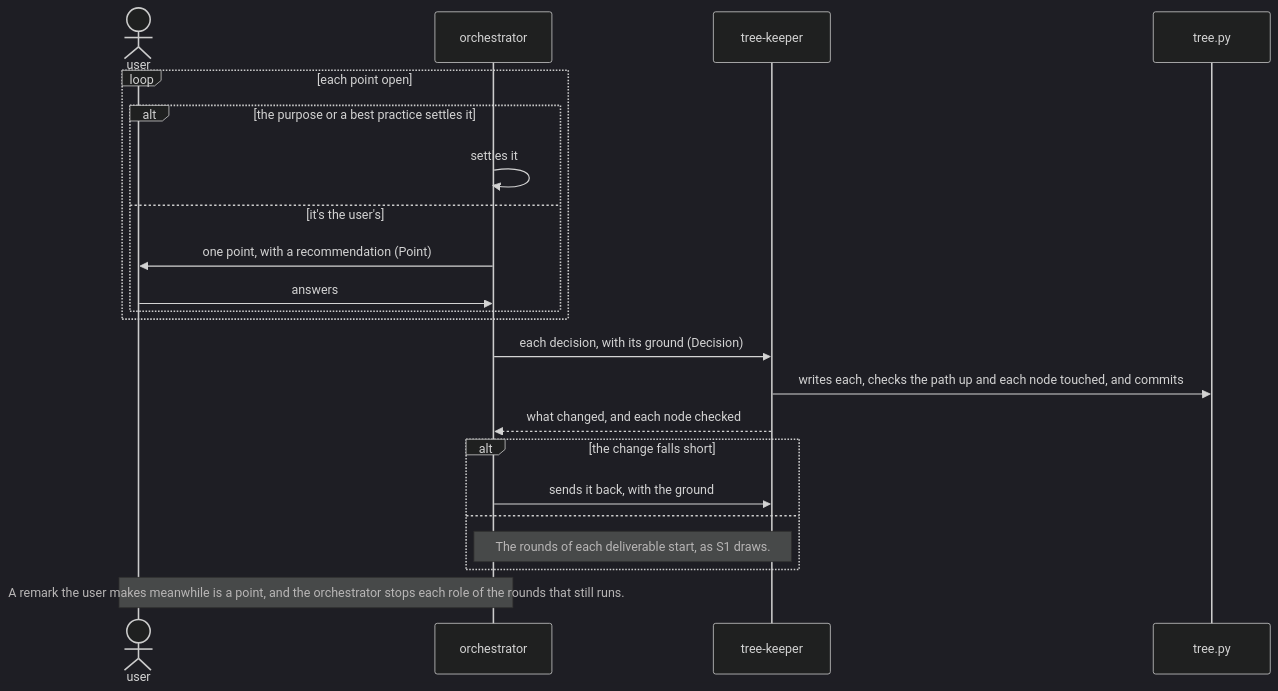
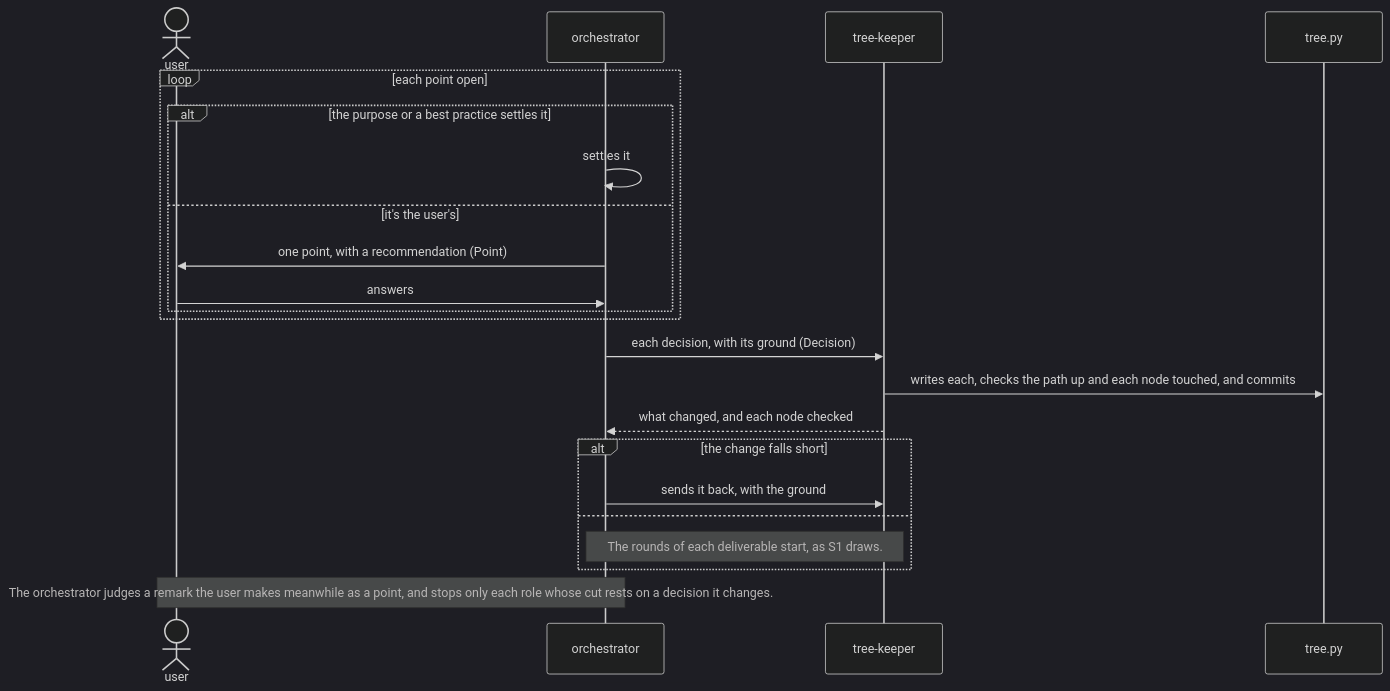
Before and after one commit to lovaizu/ccpm: the second of 6 diagrams in dev/rn/architecture.md, drawn with Mermaid (dark theme). The commit also changed other lines of this file and 3 other files, not shown here.

First line of the commit message:
rn: the orchestrator judges a remark the user makes during the rounds as a point, and stops only each role whose cut rests on a decision the remark changes.

````diff
--- a/dev/rn/architecture.md
+++ b/dev/rn/architecture.md
@@ -216,24 +217,24 @@
 ```mermaid
 sequenceDiagram
   actor U as user
   participant O as orchestrator
   participant K as tree-keeper
   participant T as tree.py
   loop each point open
     alt the purpose or a best practice settles it
       O->>O: settles it
     else it's the user's
       O->>U: one point, with a recommendation (Point)
       U->>O: answers
     end
   end
   O->>K: each decision, with its ground (Decision)
   K->>T: writes each, checks the path up and each node touched, and commits
   K-->>O: what changed, and each node checked
   alt the change falls short
     O->>K: sends it back, with the ground
   else
     Note over O,K: The rounds of each deliverable start, as S1 draws.
   end
-  Note over U,O: A remark the user makes meanwhile is a point, and the orchestrator stops each role of the rounds that still runs.
+  Note over U,O: The orchestrator judges a remark the user makes meanwhile as a point, and stops only each role whose cut rests on a decision it changes.
 ```
````
